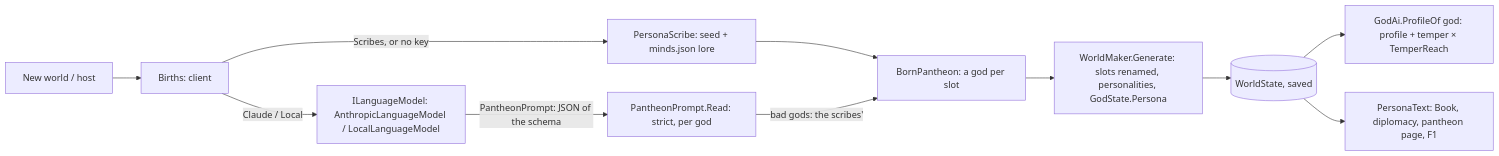
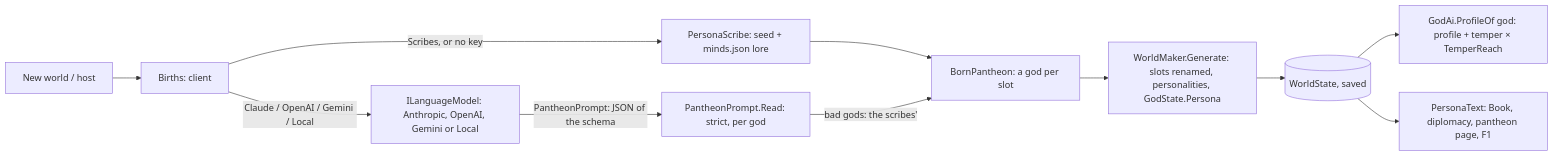
One commit to roeyazroel/pantheon changed diagram 20 of 36 in docs/ARCHITECTURE.md. Above: the diagram before and after it, drawn with Mermaid. The commit also changed other lines of this file and 22 other files, not shown here.

First line of the commit message:
Milestone 15, part 46 (OpenAI and Gemini as the gods' minds): §47, §65

````diff
--- a/docs/ARCHITECTURE.md
+++ b/docs/ARCHITECTURE.md
@@ -1816,13 +1817,13 @@
 ```mermaid
 flowchart LR
     menu[New world / host] --> births[Births: client]
     births -->|Scribes, or no key| scribe[PersonaScribe: seed + minds.json lore]
-    births -->|Claude / Local| model[ILanguageModel: AnthropicLanguageModel / LocalLanguageModel]
+    births -->|Claude / OpenAI / Gemini / Local| model[ILanguageModel: Anthropic, OpenAI, Gemini or Local]
     model -->|"PantheonPrompt: JSON of the schema"| read[PantheonPrompt.Read: strict, per god]
     scribe --> born[BornPantheon: a god per slot]
     read -->|"bad gods: the scribes'"| born
     born --> maker[WorldMaker.Generate: slots renamed, personalities, GodState.Persona]
     maker --> world[(WorldState, saved)]
     world --> ai[GodAi.ProfileOf god: profile + temper × TemperReach]
     world --> text[PersonaText: Book, diplomacy, pantheon page, F1]
 ```
````
